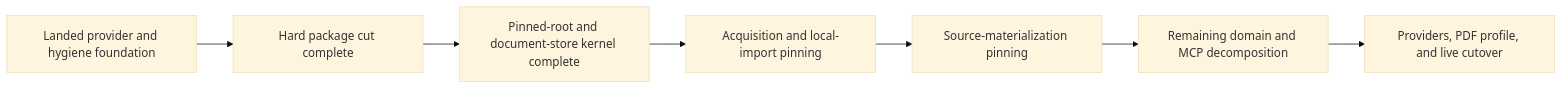
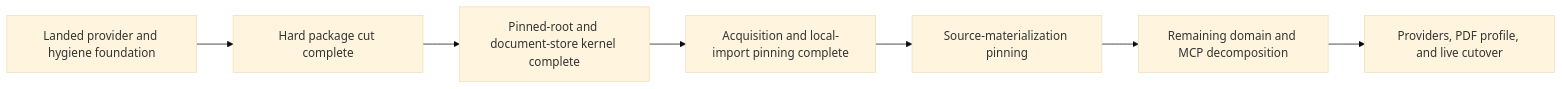
The diagram in issues/mcp-servers/discussion/sol-open-items.md (aghado01/codex-scientiae), drawn with Mermaid (base theme) before and after one commit. The commit also changed other lines of this file and 12 other files, not shown here.

Commit message:
pin acquisition and local import roots

````diff
--- a/issues/mcp-servers/discussion/sol-open-items.md
+++ b/issues/mcp-servers/discussion/sol-open-items.md
@@ -17,9 +17,9 @@
 ```mermaid
 flowchart LR
     A["Landed provider and hygiene foundation"] --> B["Hard package cut complete"]
     B --> C["Pinned-root and document-store kernel complete"]
-    C --> D["Acquisition and local-import pinning"]
+    C --> D["Acquisition and local-import pinning complete"]
     D --> E["Source-materialization pinning"]
     E --> F["Remaining domain and MCP decomposition"]
     F --> G["Providers, PDF profile, and live cutover"]
 ```
````
